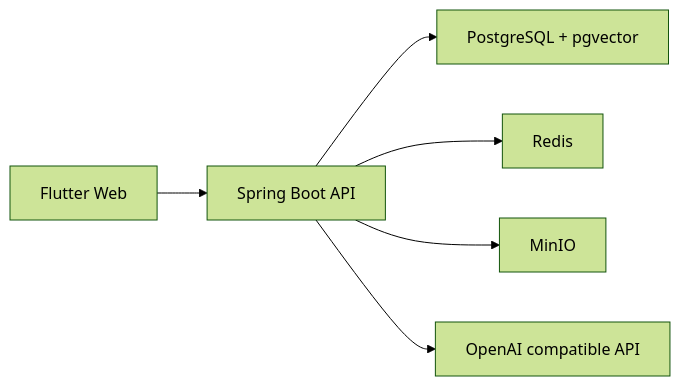
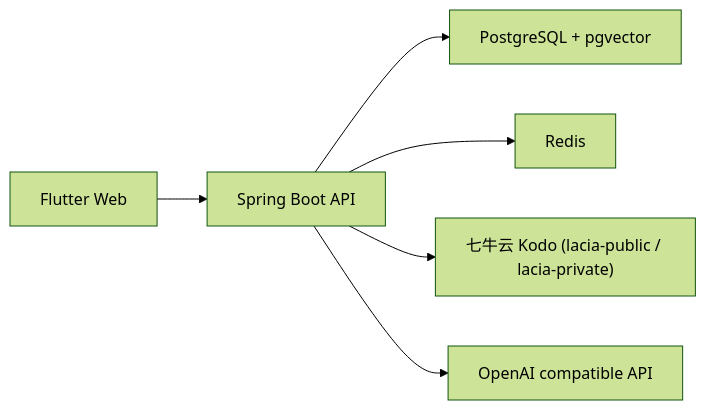
The diagram in docs/architecture.md (cqiang102/blog), drawn with Mermaid (forest theme) before and after one commit. The commit also changed other lines of this file and 7 other files, not shown here.

Commit message:
docs: update MinIO references to Qiniu Kodo across docs and local infra

````diff
--- a/docs/architecture.md
+++ b/docs/architecture.md
@@ -5,8 +5,8 @@
 ```mermaid
 flowchart LR
     Web["Flutter Web"] --> API["Spring Boot API"]
     API --> PG["PostgreSQL + pgvector"]
     API --> Redis["Redis"]
-    API --> MinIO["MinIO"]
+    API --> Kodo["七牛云 Kodo (lacia-public / lacia-private)"]
     API --> AI["OpenAI compatible API"]
 ```
````
